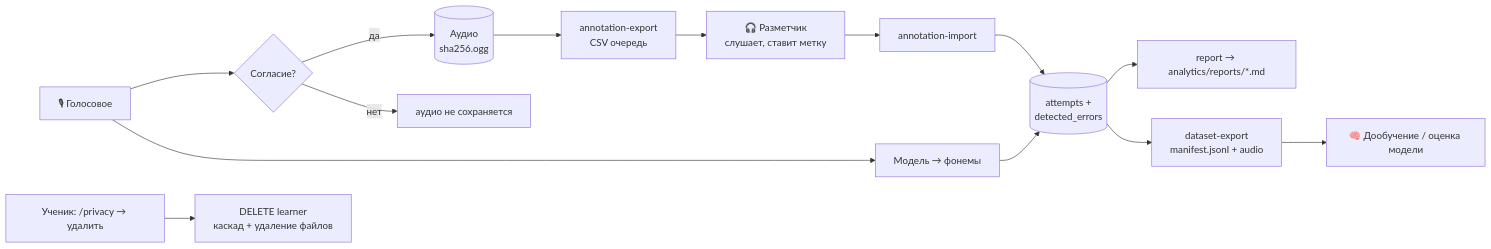
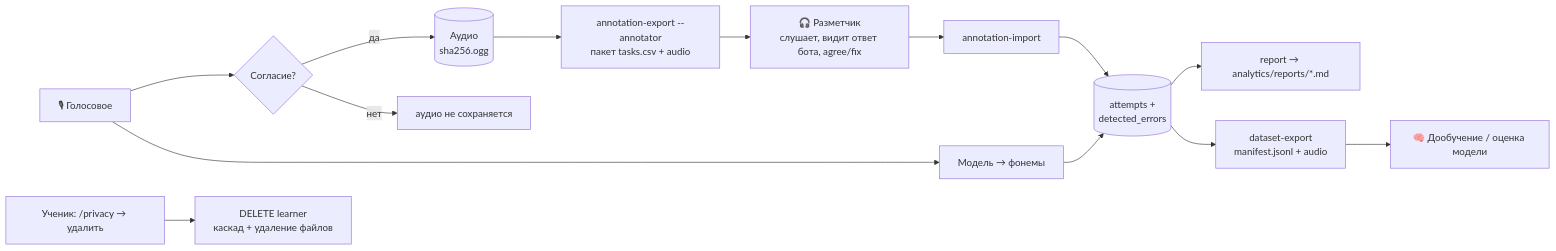
The diagram in docs/architecture/diagrams/05-data-lifecycle.mmd (abdra04-gif/muallim), drawn with Mermaid before and after one commit. The commit also changed 45 other files, not shown here.

```diff
--- a/docs/architecture/diagrams/05-data-lifecycle.mmd
+++ b/docs/architecture/diagrams/05-data-lifecycle.mmd
@@ -1,10 +1,10 @@
 %% Жизненный цикл данных: от голосового до датасета и удаления.
 flowchart LR
     v["🎙 Голосовое"] --> a{"Согласие?"}
     a -- да --> s[("Аудио<br/>sha256.ogg")]
     a -- нет --> x["аудио не сохраняется"]
     v --> m["Модель → фонемы"] --> db[("attempts +<br/>detected_errors")]
-    s --> q["annotation-export<br/>CSV очередь"] --> h["🎧 Разметчик<br/>слушает, ставит метку"] --> i["annotation-import"] --> db
+    s --> q["annotation-export --annotator<br/>пакет tasks.csv + audio"] --> h["🎧 Разметчик<br/>слушает, видит ответ бота, agree/fix"] --> i["annotation-import"] --> db
     db --> r["report → analytics/reports/*.md"]
     db --> e["dataset-export<br/>manifest.jsonl + audio"] --> t["🧠 Дообучение / оценка модели"]
     u["Ученик: /privacy → удалить"] --> d["DELETE learner<br/>каскад + удаление файлов"]
```
